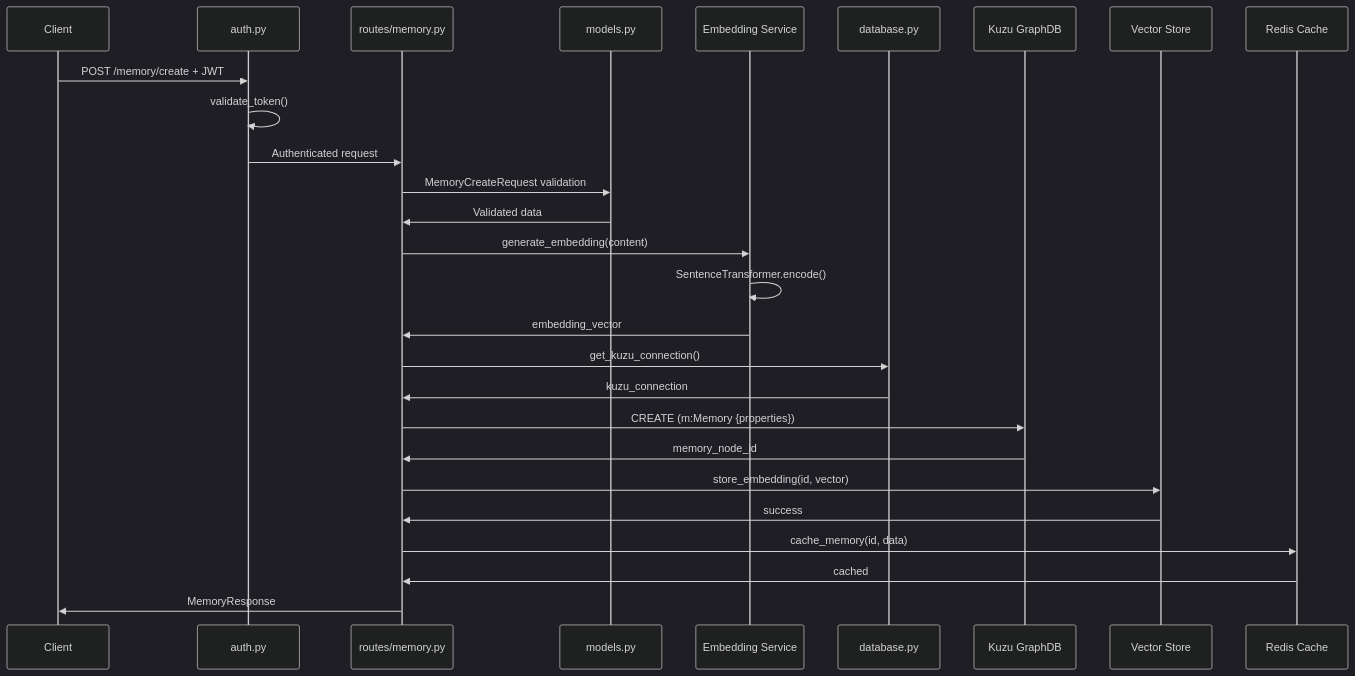
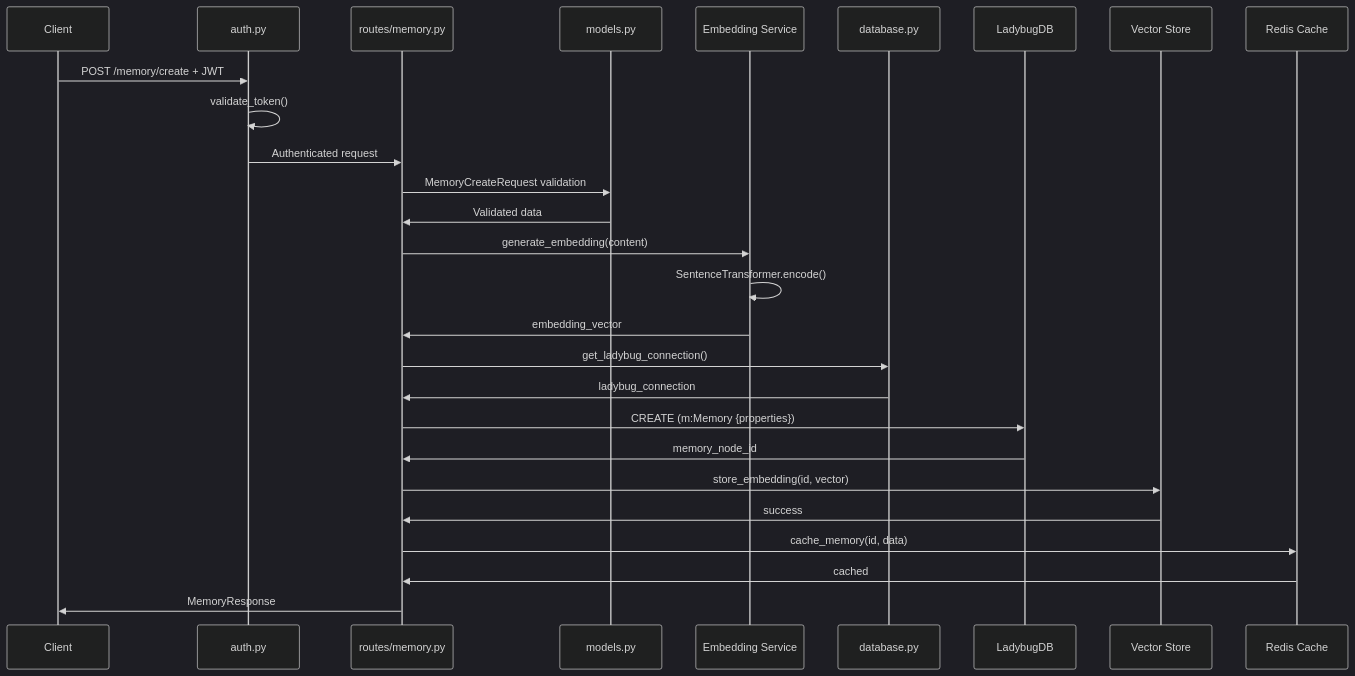
Before and after one commit to elementalcollision/GraphMemory-IDE: the second of 13 diagrams in docs/architecture/CODE_PATHS.md, drawn with Mermaid (dark theme). The commit also changed other lines of this file and 120 other files, not shown here.

First line of the commit message:
Kuzu → LadybugDB migration (Phases 0–9 + follow-up) (#4)

````diff
--- a/docs/architecture/CODE_PATHS.md
+++ b/docs/architecture/CODE_PATHS.md
@@ -133,37 +133,37 @@
 ```mermaid
 sequenceDiagram
     participant Client
     participant Auth as auth.py
     participant Routes as routes/memory.py
     participant Models as models.py
     participant Embed as Embedding Service
     participant DB as database.py
-    participant Kuzu as Kuzu GraphDB
+    participant LadybugDB as LadybugDB
     participant Vector as Vector Store
     participant Cache as Redis Cache
     
     Client->>Auth: POST /memory/create + JWT
     Auth->>Auth: validate_token()
     Auth->>Routes: Authenticated request
     
     Routes->>Models: MemoryCreateRequest validation
     Models->>Routes: Validated data
     
     Routes->>Embed: generate_embedding(content)
     Embed->>Embed: SentenceTransformer.encode()
     Embed->>Routes: embedding_vector
     
-    Routes->>DB: get_kuzu_connection()
-    DB->>Routes: kuzu_connection
+    Routes->>DB: get_ladybug_connection()
+    DB->>Routes: ladybug_connection
     
-    Routes->>Kuzu: CREATE (m:Memory {properties})
-    Kuzu->>Routes: memory_node_id
+    Routes->>LadybugDB: CREATE (m:Memory {properties})
+    LadybugDB->>Routes: memory_node_id
     
     Routes->>Vector: store_embedding(id, vector)
     Vector->>Routes: success
     
     Routes->>Cache: cache_memory(id, data)
     Cache->>Routes: cached
     
     Routes->>Client: MemoryResponse
 ```
````
